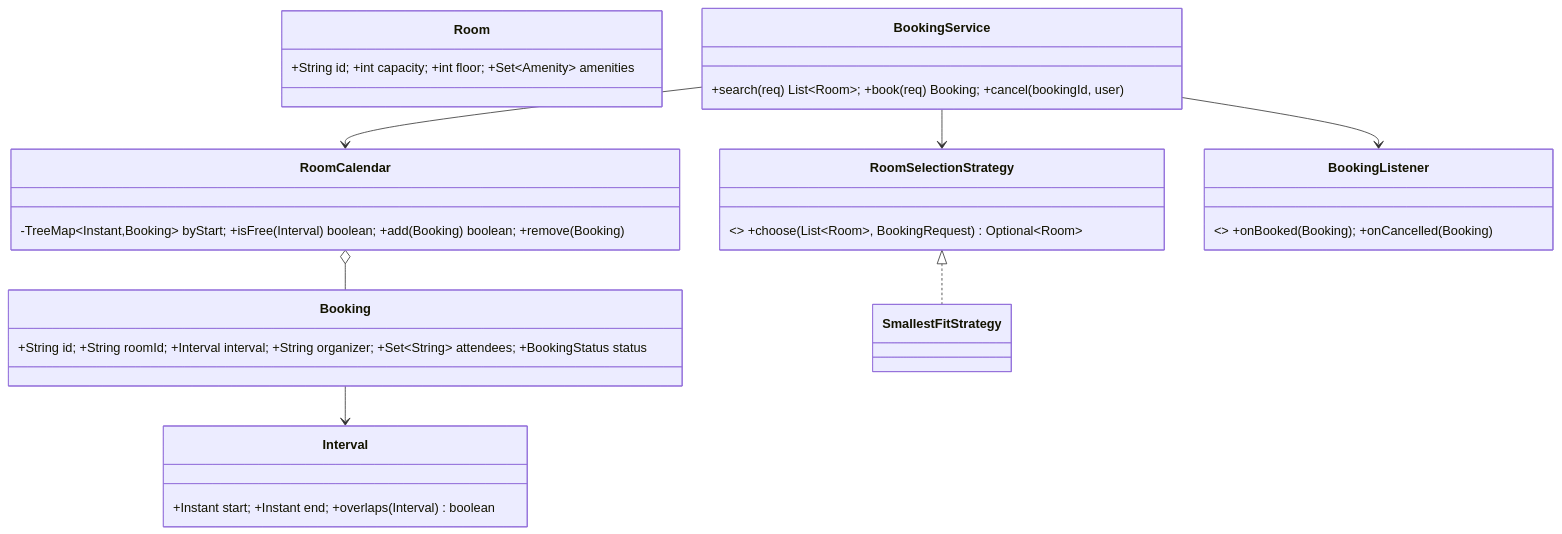
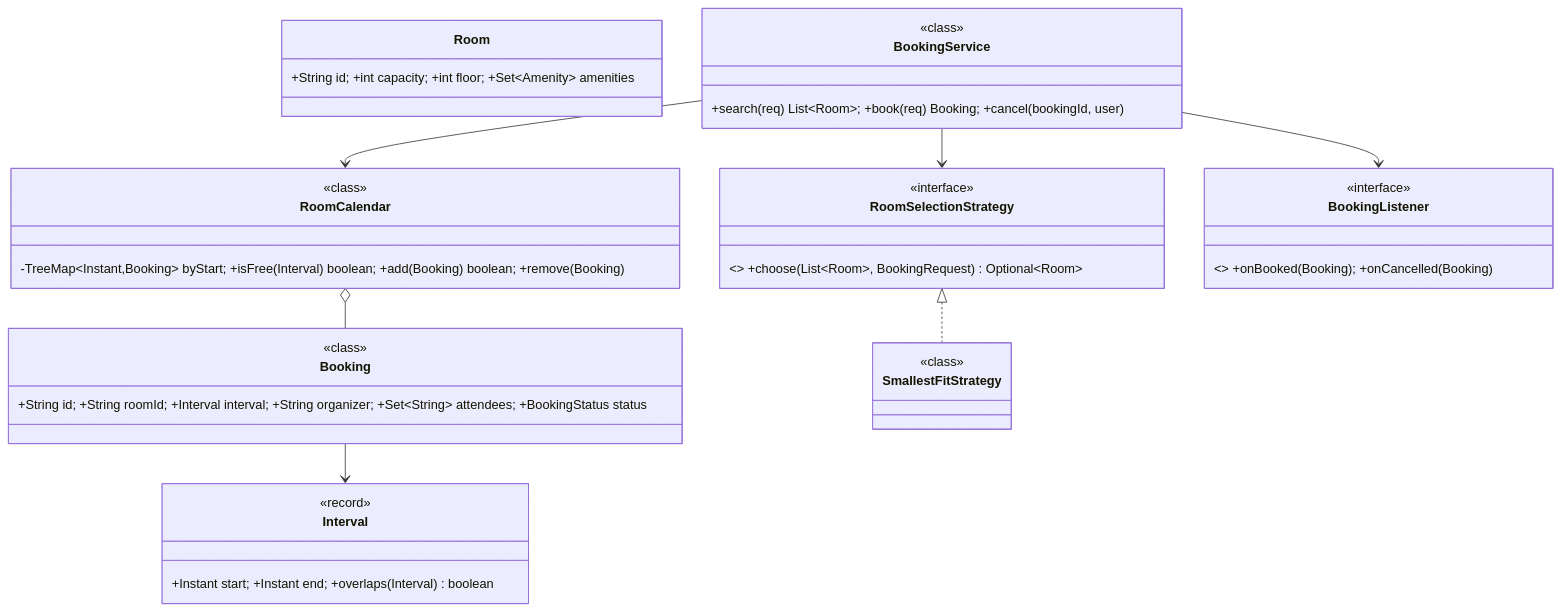
The first of 2 diagrams in system-design/lld/15-meeting-room-scheduler.md (amarkum/amarkumar.guru), drawn with Mermaid before and after one commit. The commit also changed 27 other files, not shown here.

Commit message:
Label every UML type as interface, enumeration, abstract, record or class, add missing enums, and colour-code them.

````diff
--- a/system-design/lld/15-meeting-room-scheduler.md
+++ b/system-design/lld/15-meeting-room-scheduler.md
@@ -39,17 +39,37 @@
 ```mermaid
 classDiagram
     class Room { +String id; +int capacity; +int floor; +Set~Amenity~ amenities }
     class Interval { +Instant start; +Instant end; +overlaps(Interval) boolean }
     class Booking { +String id; +String roomId; +Interval interval; +String organizer; +Set~String~ attendees; +BookingStatus status }
     class RoomCalendar { -TreeMap~Instant,Booking~ byStart; +isFree(Interval) boolean; +add(Booking) boolean; +remove(Booking) }
     class RoomSelectionStrategy { <<interface>> +choose(List~Room~, BookingRequest) Optional~Room~ }
-    class SmallestFitStrategy
+    class SmallestFitStrategy {
+      <<class>>
+    }
     class BookingListener { <<interface>> +onBooked(Booking); +onCancelled(Booking) }
     class BookingService { +search(req) List~Room~; +book(req) Booking; +cancel(bookingId, user) }
     RoomSelectionStrategy <|.. SmallestFitStrategy
     BookingService --> RoomCalendar
     BookingService --> RoomSelectionStrategy
     BookingService --> BookingListener
     Booking --> Interval
     RoomCalendar o-- Booking
+    class Booking {
+      <<class>>
+    }
+    class Interval {
+      <<record>>
+    }
+    class BookingService {
+      <<class>>
+    }
+    class RoomCalendar {
+      <<class>>
+    }
+    class RoomSelectionStrategy {
+      <<interface>>
+    }
+    class BookingListener {
+      <<interface>>
+    }
 ```
````
